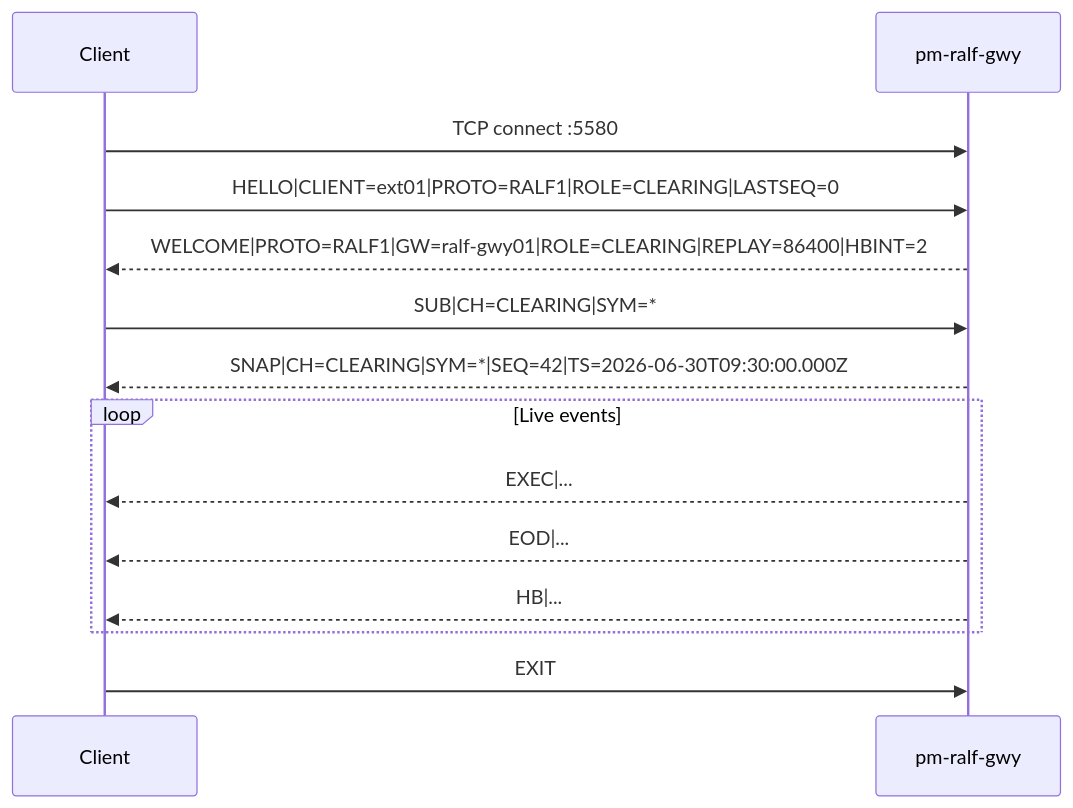
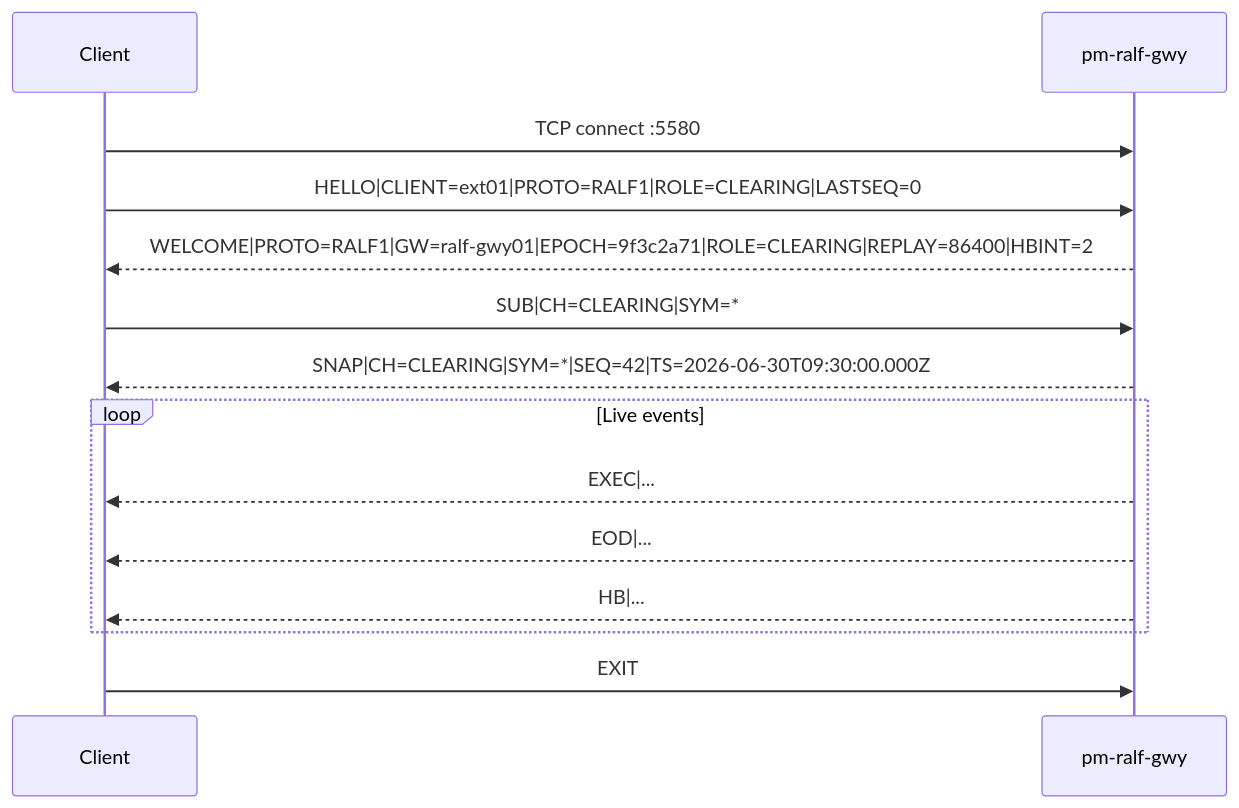
Before and after one commit to johan162/EduMatcher: the second of 2 diagrams in docs/books/operator-guide/part-5-gateways/040-ralf-gateway.md, drawn with Mermaid. The commit also changed other lines of this file and 33 other files, not shown here.

Commit message:
fix(ralf-gwy): component review, run EPOCH, replay on SUB, bus-gap count, poll loop, shutdown EXIT

````diff
--- a/docs/books/operator-guide/part-5-gateways/040-ralf-gateway.md
+++ b/docs/books/operator-guide/part-5-gateways/040-ralf-gateway.md
@@ -284,17 +306,17 @@
 ```mermaid
 sequenceDiagram
     participant C as Client
     participant G as pm-ralf-gwy
 
     C->>G: TCP connect :5580
     C->>G: HELLO|CLIENT=ext01|PROTO=RALF1|ROLE=CLEARING|LASTSEQ=0
-    G-->>C: WELCOME|PROTO=RALF1|GW=ralf-gwy01|ROLE=CLEARING|REPLAY=86400|HBINT=2
+    G-->>C: WELCOME|PROTO=RALF1|GW=ralf-gwy01|EPOCH=9f3c2a71|ROLE=CLEARING|REPLAY=86400|HBINT=2
     C->>G: SUB|CH=CLEARING|SYM=*
     G-->>C: SNAP|CH=CLEARING|SYM=*|SEQ=42|TS=2026-06-30T09:30:00.000Z
     loop Live events
         G-->>C: EXEC|...
         G-->>C: EOD|...
         G-->>C: HB|...
     end
     C->>G: EXIT
 ```
````
